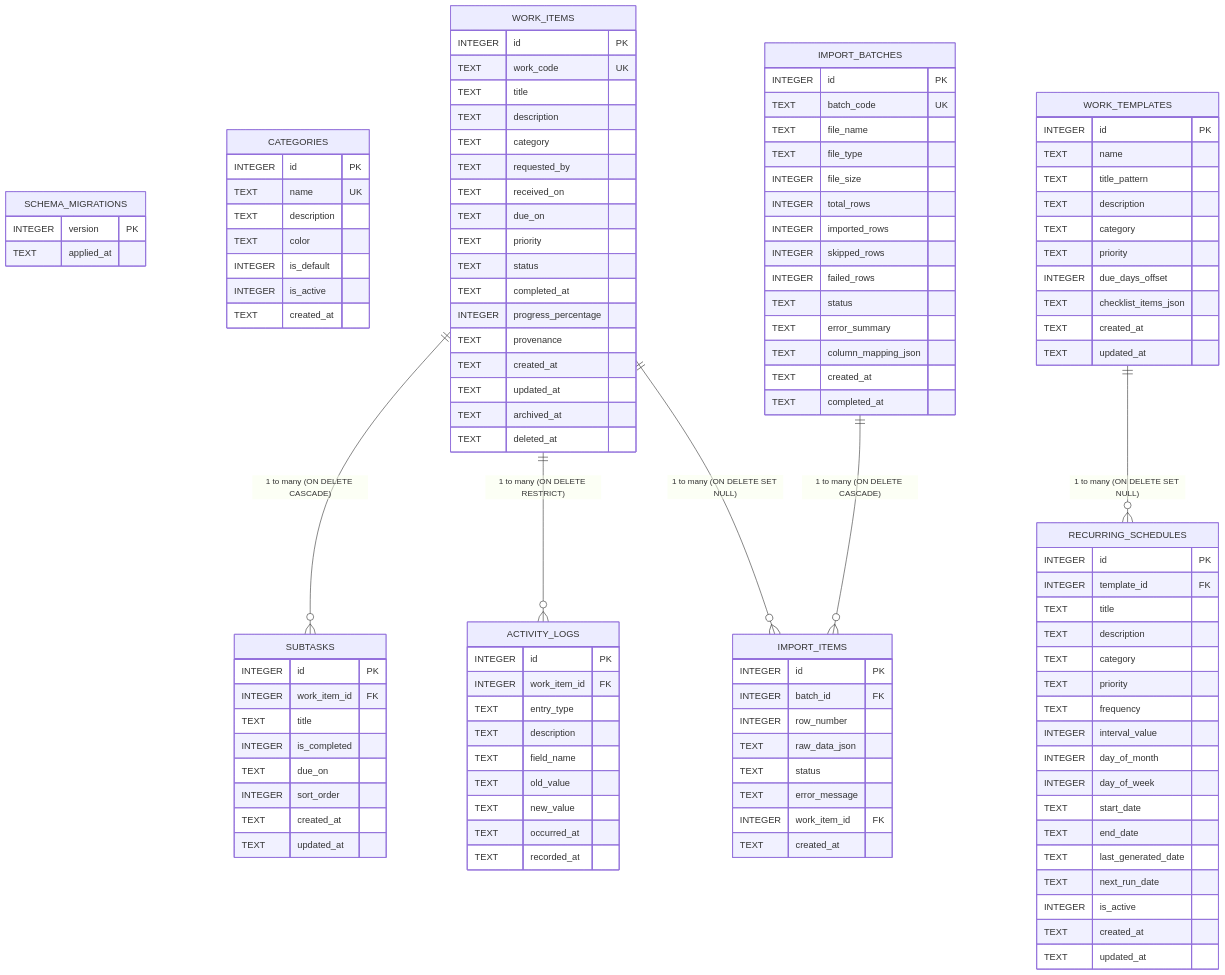
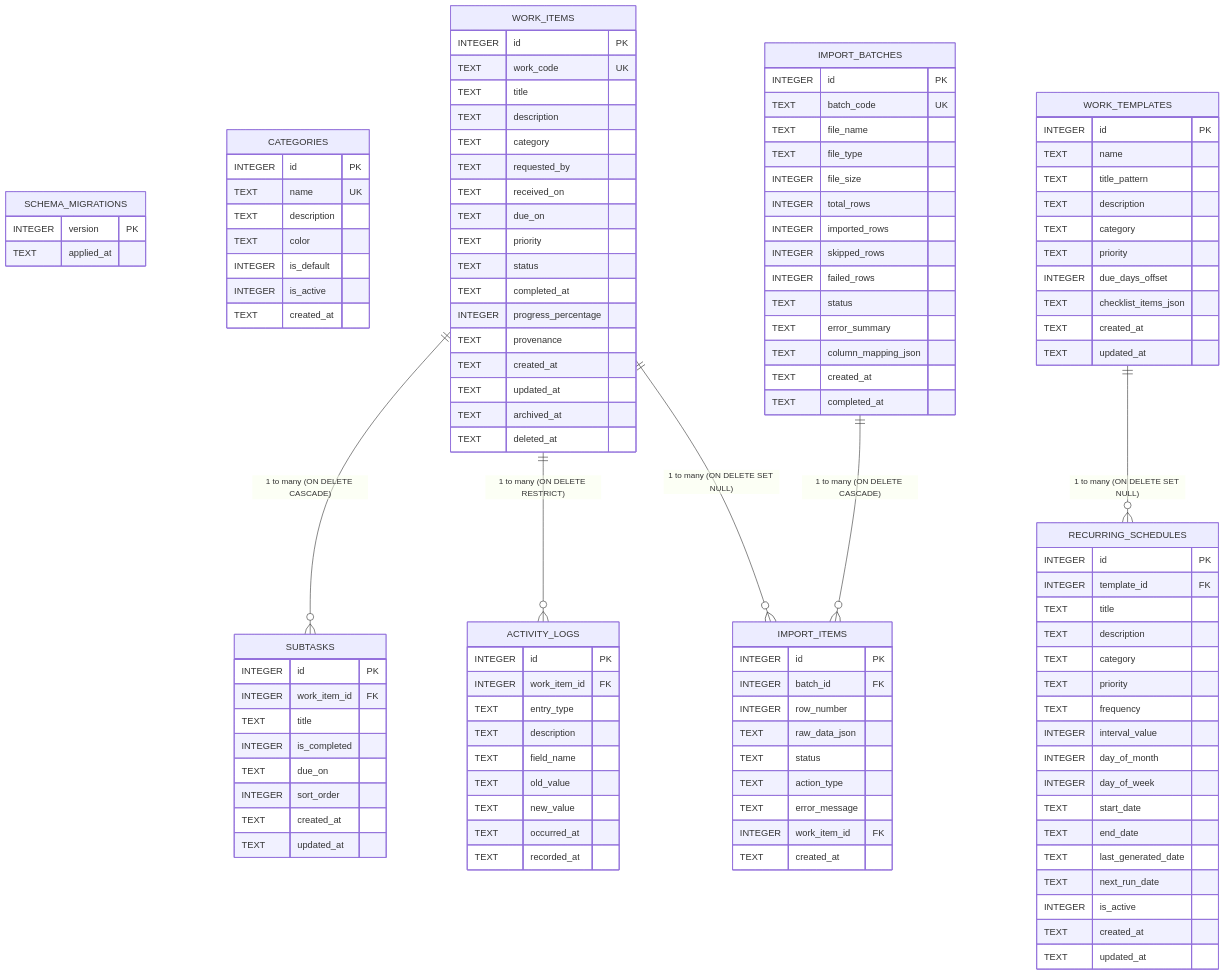
Before and after one commit to shotlord/ComplianceWorkspace: the diagram in docs/DATABASE.md, drawn with Mermaid. The commit also changed other lines of this file and 38 other files, not shown here.

```diff
--- a/docs/DATABASE.md
+++ b/docs/DATABASE.md
@@ -144,6 +144,7 @@
         INTEGER row_number
         TEXT raw_data_json
         TEXT status
+        TEXT action_type
         TEXT error_message
         INTEGER work_item_id FK
         TEXT created_at
```
